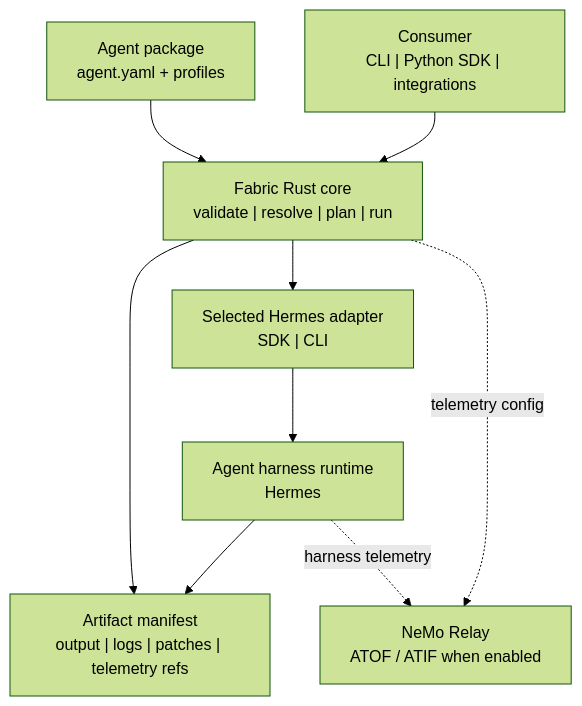
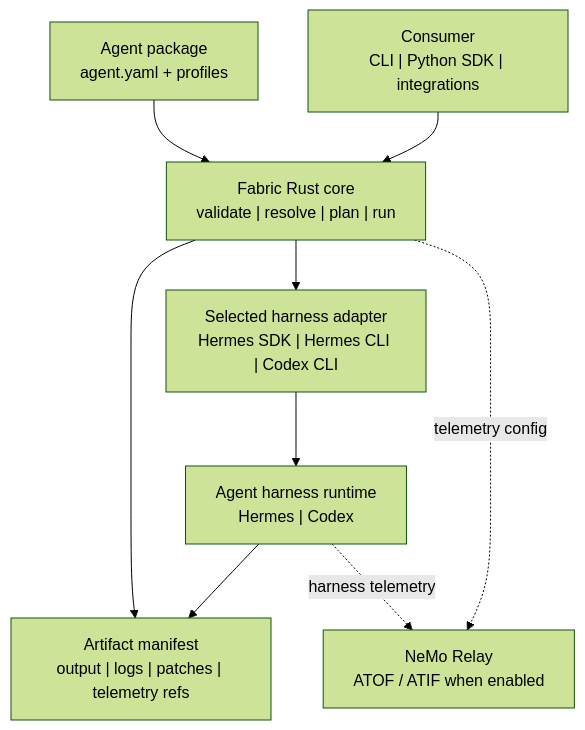
Before and after one commit to NVIDIA/NeMo-Fabric: the diagram in README.md, drawn with Mermaid (forest theme). The commit also changed other lines of this file and 8 other files, not shown here.

Commit message:
Add Codex CLI runtime adapter

````diff
--- a/README.md
+++ b/README.md
@@ -30,19 +30,19 @@
 ```mermaid
 flowchart TB
   Consumer["Consumer\nCLI | Python SDK | integrations"]
   Config["Agent package\nagent.yaml + profiles"]
   Core["Fabric Rust core\nvalidate | resolve | plan | run"]
-  Adapter["Selected Hermes adapter\nSDK | CLI"]
-  Harness["Agent harness runtime\nHermes"]
+  Adapter["Selected harness adapter\nHermes SDK | Hermes CLI | Codex CLI"]
+  Harness["Agent harness runtime\nHermes | Codex"]
   Artifacts["Artifact manifest\noutput | logs | patches | telemetry refs"]
   Relay["NeMo Relay\nATOF / ATIF when enabled"]
 
   Consumer --> Core
   Config --> Core
   Core --> Adapter
   Adapter --> Harness
   Harness --> Artifacts
   Core --> Artifacts
   Core -. telemetry config .-> Relay
   Harness -. harness telemetry .-> Relay
 ```
````
